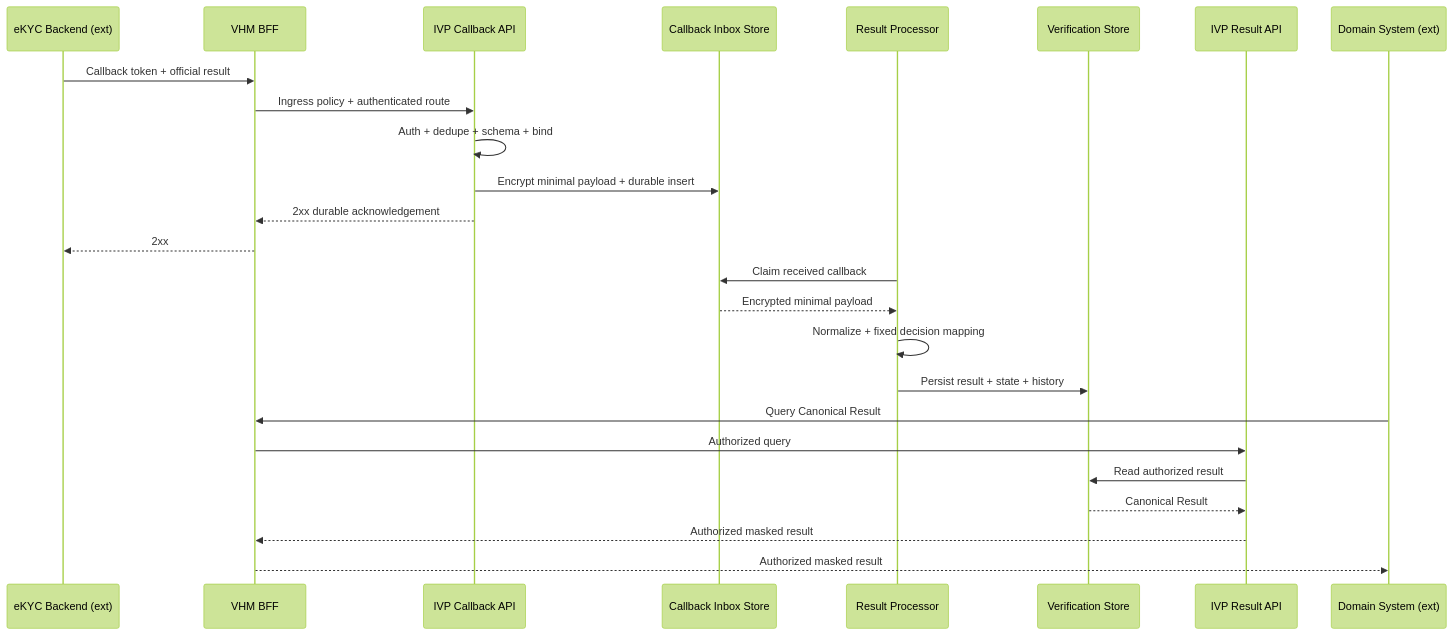
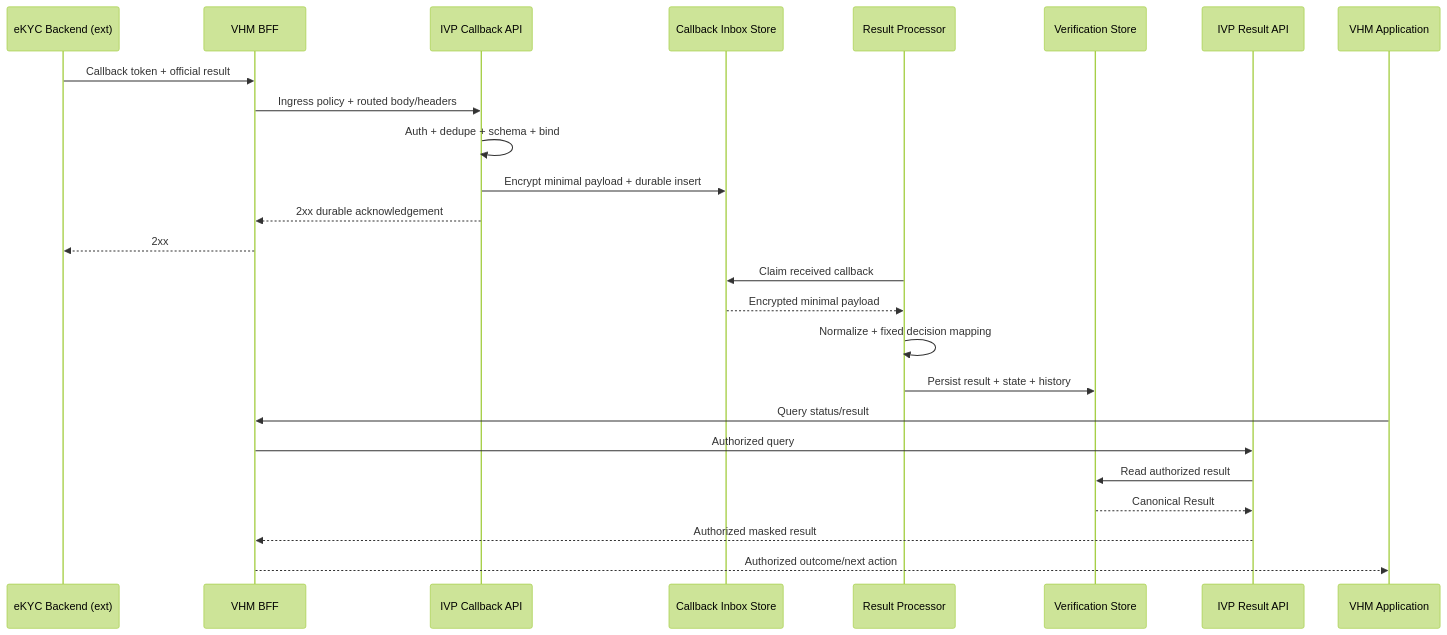
Diagram 12 of 23 in README.md (huynv-xyz/vhm), drawn with Mermaid (forest theme) before and after one commit. The commit also changed other lines of this file, not shown here.

````diff
--- a/README.md
+++ b/README.md
@@ -1802,27 +1797,27 @@
 ```mermaid
 sequenceDiagram
     participant BACKEND as eKYC Backend (ext)
     participant BFF as VHM BFF
     participant CALLBACK as IVP Callback API
     participant INBOX as Callback Inbox Store
     participant PROCESSOR as Result Processor
     participant STORE as Verification Store
     participant RESULT as IVP Result API
-    participant DOMAIN as Domain System (ext)
+    participant APP as VHM Application
     BACKEND->>BFF: Callback token + official result
-    BFF->>CALLBACK: Ingress policy + authenticated route
+    BFF->>CALLBACK: Ingress policy + routed body/headers
     CALLBACK->>CALLBACK: Auth + dedupe + schema + bind
     CALLBACK->>INBOX: Encrypt minimal payload + durable insert
     CALLBACK-->>BFF: 2xx durable acknowledgement
     BFF-->>BACKEND: 2xx
     PROCESSOR->>INBOX: Claim received callback
     INBOX-->>PROCESSOR: Encrypted minimal payload
     PROCESSOR->>PROCESSOR: Normalize + fixed decision mapping
     PROCESSOR->>STORE: Persist result + state + history
-    DOMAIN->>BFF: Query Canonical Result
+    APP->>BFF: Query status/result
     BFF->>RESULT: Authorized query
     RESULT->>STORE: Read authorized result
     STORE-->>RESULT: Canonical Result
     RESULT-->>BFF: Authorized masked result
-    BFF-->>DOMAIN: Authorized masked result
+    BFF-->>APP: Authorized outcome/next action
 ```
````
